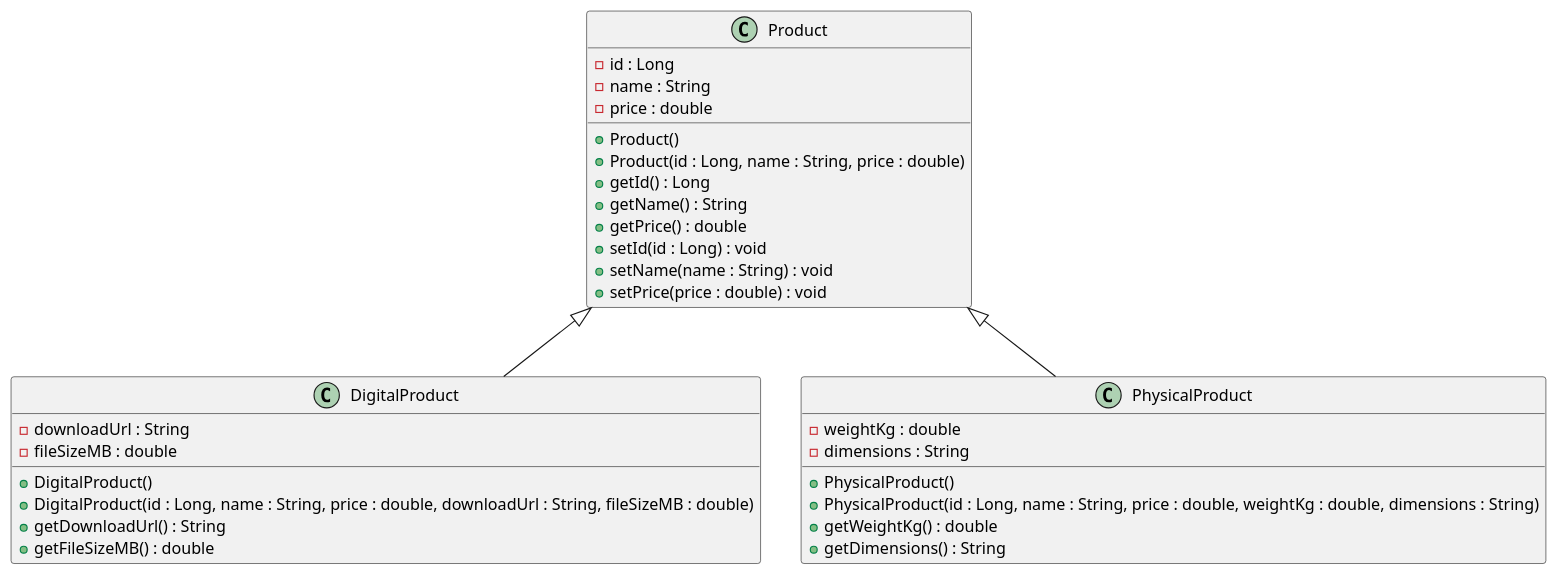
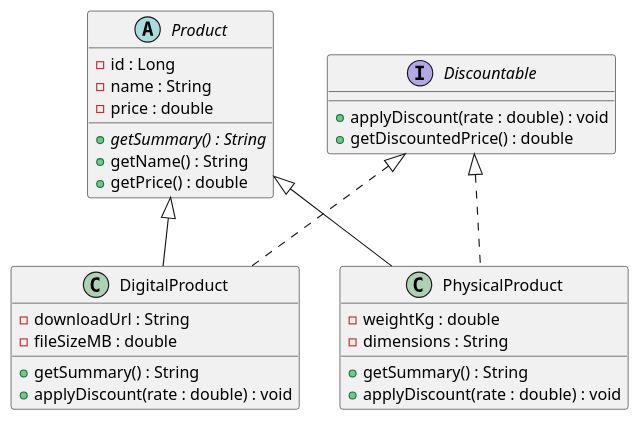
One commit to ruwin-gee/products-api changed the diagram in docs/uml/product-hierarchy.puml. Above: the diagram before and after it, drawn with PlantUML. The commit also changed 7 other files, not shown here.

Commit message:
Tutorial 5: polymorphism — getSummary override and Discountable interface

```diff
--- a/docs/uml/product-hierarchy.puml
+++ b/docs/uml/product-hierarchy.puml
@@ -1,37 +1,34 @@
 @startuml
-class Product {
- - id : Long
- - name : String
- - price : double
- + Product()
- + Product(id : Long, name : String, price : double)
- + getId() : Long
- + getName() : String
- + getPrice() : double
- + setId(id : Long) : void
- + setName(name : String) : void
- + setPrice(price : double) : void
+abstract class Product {
+    - id : Long
+    - name : String
+    - price : double
+    + {abstract} getSummary() : String
+    + getName() : String
+    + getPrice() : double
+}
+
+interface Discountable {
+    + applyDiscount(rate : double) : void
+    + getDiscountedPrice() : double
 }
 
 class DigitalProduct {
- - downloadUrl : String
- - fileSizeMB : double
- + DigitalProduct()
- + DigitalProduct(id : Long, name : String, price : double, downloadUrl : String, fileSizeMB : double)
- + getDownloadUrl() : String
- + getFileSizeMB() : double
+    - downloadUrl : String
+    - fileSizeMB : double
+    + getSummary() : String
+    + applyDiscount(rate : double) : void
 }
 
 class PhysicalProduct {
- - weightKg : double
- - dimensions : String
- + PhysicalProduct()
- + PhysicalProduct(id : Long, name : String, price : double, weightKg : double, dimensions : String)
- + getWeightKg() : double
- + getDimensions() : String
+    - weightKg : double
+    - dimensions : String
+    + getSummary() : String
+    + applyDiscount(rate : double) : void
 }
 
-' <|-- is the inheritance arrow. The PARENT goes on the left.
 Product <|-- DigitalProduct
 Product <|-- PhysicalProduct
+Discountable <|.. DigitalProduct
+Discountable <|.. PhysicalProduct
 @enduml
```
